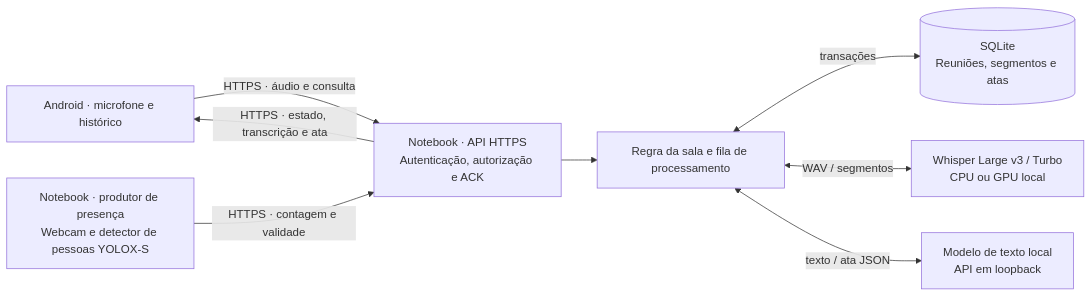
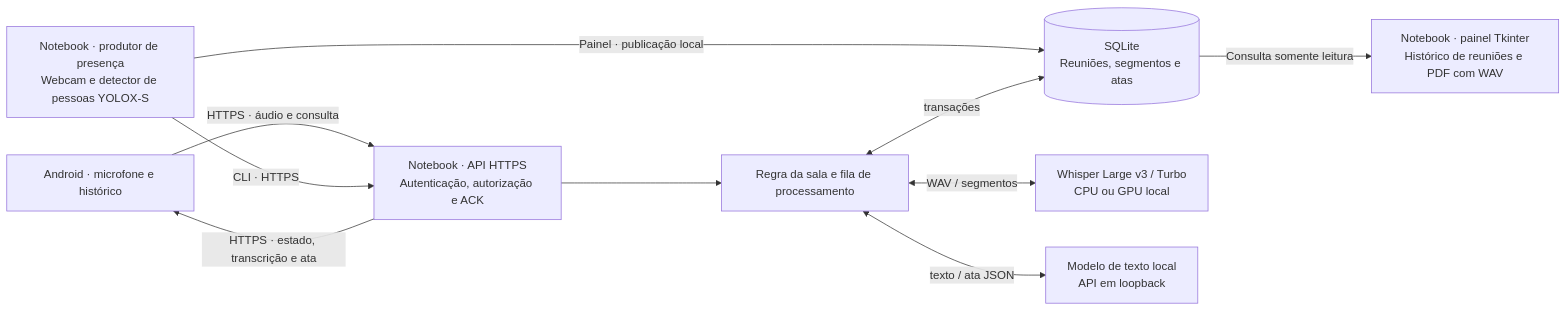
The diagram in marco-4/docs/arquitetura.md (UFG-INF-SSU-2026/pequi-ubiquo), drawn with Mermaid before and after one commit. The commit also changed other lines of this file and 28 other files, not shown here.

````diff
--- a/marco-4/docs/arquitetura.md
+++ b/marco-4/docs/arquitetura.md
@@ -3,18 +3,21 @@
 ```mermaid
 flowchart LR
     android["Android · microfone e histórico"]
     camera["Notebook · produtor de presença<br/>Webcam e detector de pessoas YOLOX-S"]
     api["Notebook · API HTTPS<br/>Autenticação, autorização e ACK"]
     decision["Regra da sala e fila de processamento"]
     db[("SQLite<br/>Reuniões, segmentos e atas")]
     whisper["Whisper Large v3 / Turbo<br/>CPU ou GPU local"]
     llm["Modelo de texto local<br/>API em loopback"]
+    desktop["Notebook · painel Tkinter<br/>Histórico de reuniões e PDF com WAV"]
 
     android -->|"HTTPS · áudio e consulta"| api
     api -->|"HTTPS · estado, transcrição e ata"| android
-    camera -->|"HTTPS · contagem e validade"| api
+    camera -->|"CLI · HTTPS"| api
+    camera -->|"Painel · publicação local"| db
     api --> decision
     decision <-->|"transações"| db
     decision <-->|"WAV / segmentos"| whisper
     decision <-->|"texto / ata JSON"| llm
+    db -->|"Consulta somente leitura"| desktop
 ```
````
